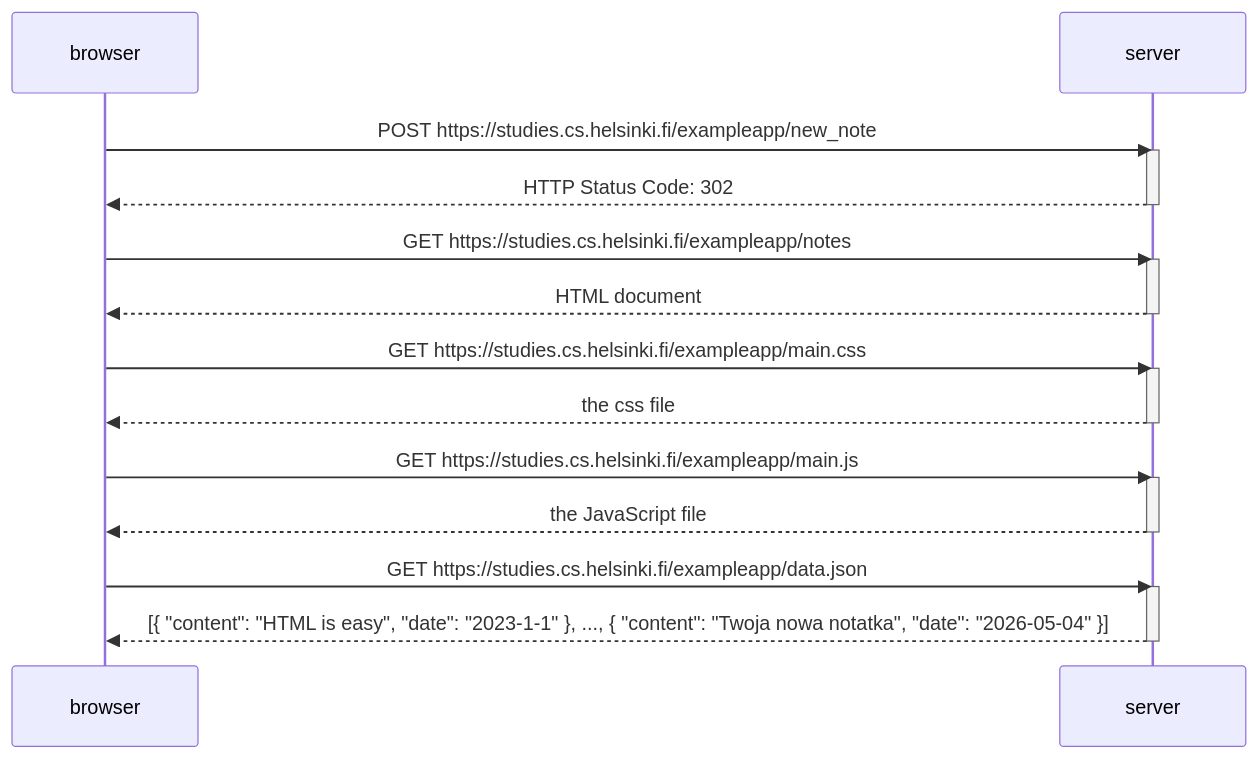
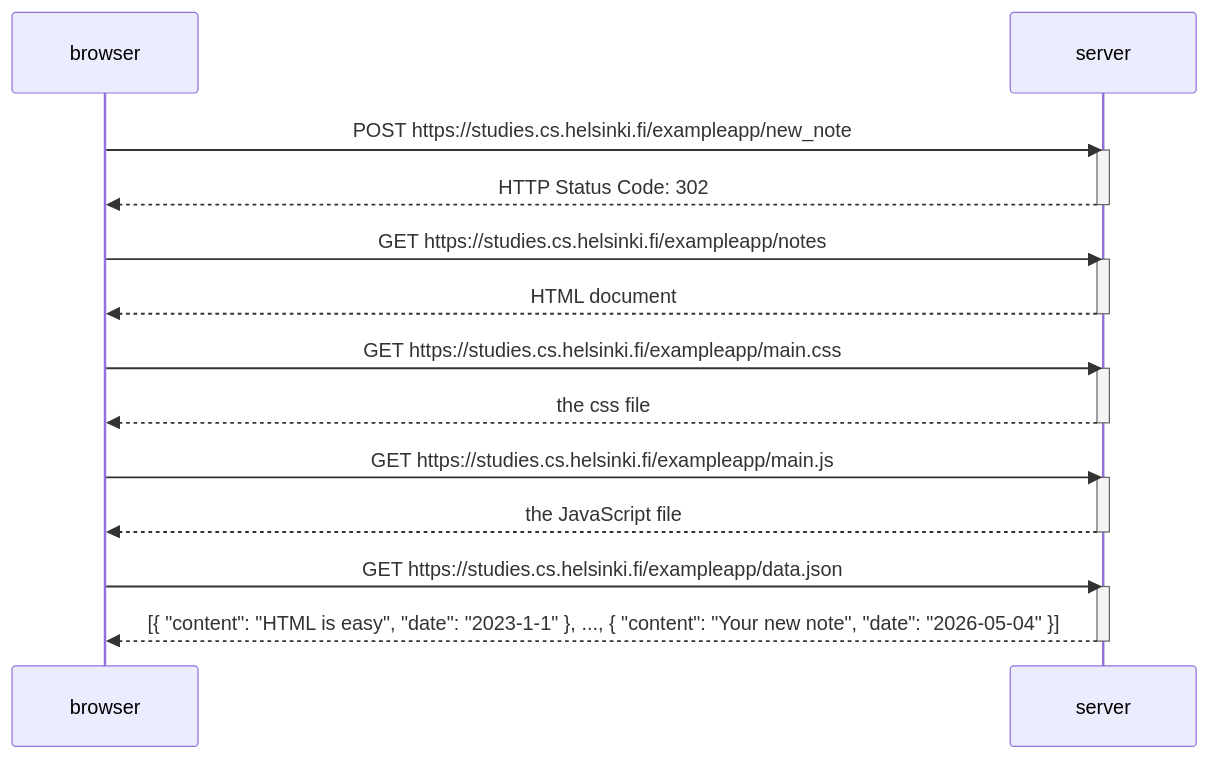
One commit to FlyPocker/FullStackOpen changed the diagram in Test.md. Above: the diagram before and after it, drawn with Mermaid.

````diff
--- a/Test.md
+++ b/Test.md
@@ -1,29 +1,29 @@
 ```mermaid
 sequenceDiagram
     participant browser
     participant server
 
     browser->>server: POST https://studies.cs.helsinki.fi/exampleapp/new_note
     activate server
     server-->>browser: HTTP Status Code: 302
     deactivate server
     browser->>server: GET https://studies.cs.helsinki.fi/exampleapp/notes
     activate server
     server-->>browser: HTML document
     deactivate server
 
     browser->>server: GET https://studies.cs.helsinki.fi/exampleapp/main.css
     activate server
     server-->>browser: the css file
     deactivate server
 
     browser->>server: GET https://studies.cs.helsinki.fi/exampleapp/main.js
     activate server
     server-->>browser: the JavaScript file
     deactivate server
 
     browser->>server: GET https://studies.cs.helsinki.fi/exampleapp/data.json
     activate server
-    server-->>browser: [{ "content": "HTML is easy", "date": "2023-1-1" }, ..., { "content": "Twoja nowa notatka", "date": "2026-05-04" }]
+    server-->>browser: [{ "content": "HTML is easy", "date": "2023-1-1" }, ..., { "content": "Your new note", "date": "2026-05-04" }]
     deactivate server
 ```
````
